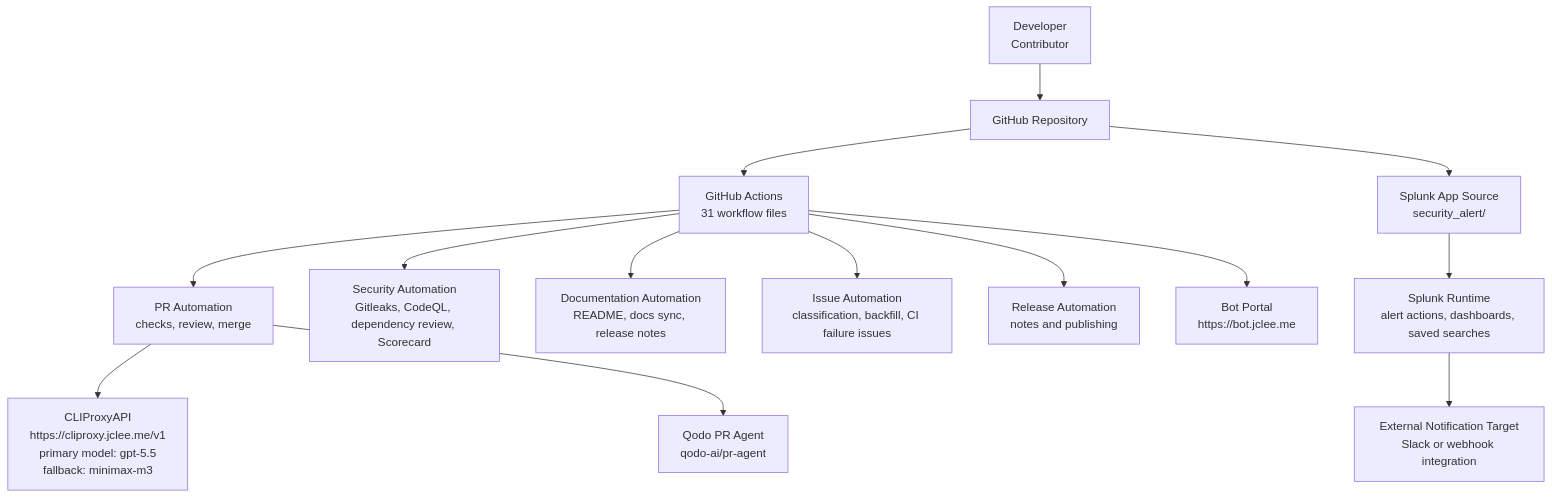
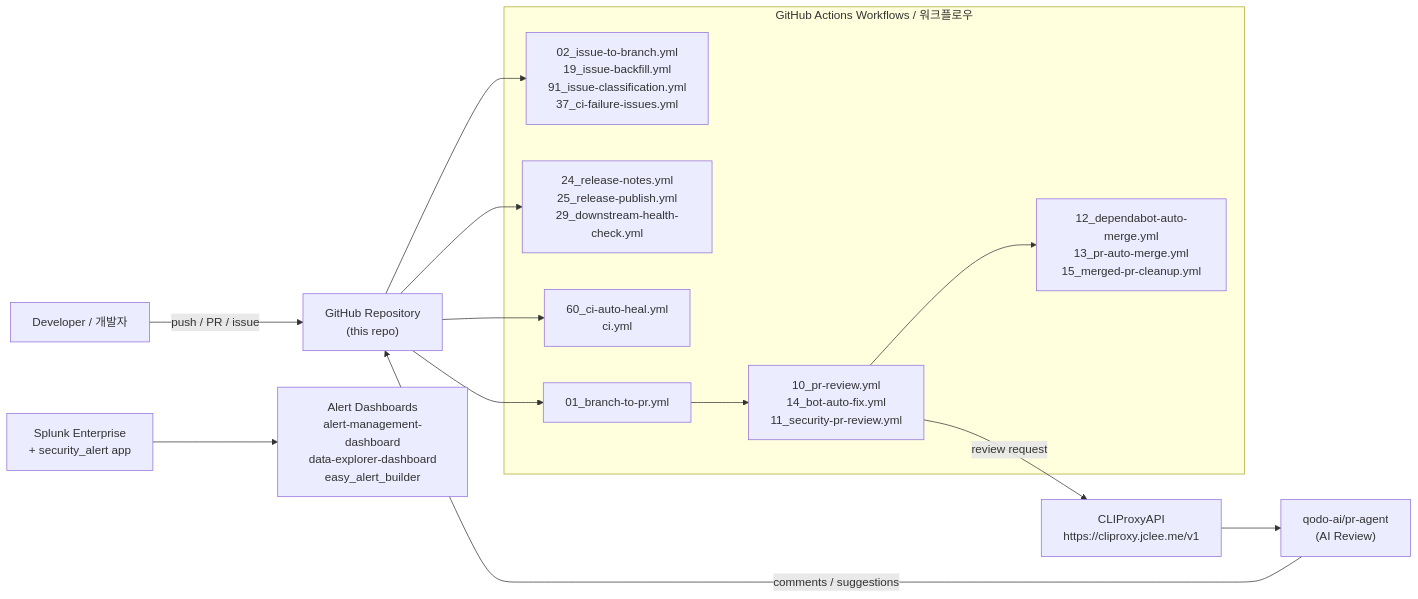
The diagram in README.md (jclee941/splunk), drawn with Mermaid before and after one commit. The commit also changed other lines of this file, not shown here.

Commit message:
docs: auto-update README.md

````diff
--- a/README.md
+++ b/README.md
@@ -121,20 +81,32 @@
 ```mermaid
-flowchart TD
-    Dev[Developer<br/>Contributor] --> GitHub[GitHub Repository]
-    GitHub --> Actions[GitHub Actions<br/>31 workflow files]
+flowchart LR
+    Dev["Developer / 개발자"]
+    GH["GitHub Repository<br/>(this repo)"]
 
-    Actions --> PR[PR Automation<br/>checks, review, merge]
-    Actions --> Sec[Security Automation<br/>Gitleaks, CodeQL, dependency review, Scorecard]
-    Actions --> Docs[Documentation Automation<br/>README, docs sync, release notes]
-    Actions --> Issues[Issue Automation<br/>classification, backfill, CI failure issues]
-    Actions --> Release[Release Automation<br/>notes and publishing]
+    subgraph WF["GitHub Actions Workflows / 워크플로우"]
+        PR["10_pr-review.yml<br/>14_bot-auto-fix.yml<br/>11_security-pr-review.yml"]
+        MERGE["12_dependabot-auto-merge.yml<br/>13_pr-auto-merge.yml<br/>15_merged-pr-cleanup.yml"]
+        ISSUE["02_issue-to-branch.yml<br/>19_issue-backfill.yml<br/>91_issue-classification.yml<br/>37_ci-failure-issues.yml"]
+        REL["24_release-notes.yml<br/>25_release-publish.yml<br/>29_downstream-health-check.yml"]
+        HEAL["60_ci-auto-heal.yml<br/>ci.yml"]
+        BR["01_branch-to-pr.yml"]
+    end
 
-    PR --> CLIProxy["CLIProxyAPI<br/>https://cliproxy.jclee.me/v1<br/>primary model: gpt-5.5<br/>fallback: minimax-m3"]
-    PR --> Qodo["Qodo PR Agent<br/>qodo-ai/pr-agent"]
+    Proxy["CLIProxyAPI<br/>https://cliproxy.jclee.me/v1"]
+    PRAgent["qodo-ai/pr-agent<br/>(AI Review)"]
 
-    GitHub --> SplunkApp[Splunk App Source<br/>security_alert/]
-    SplunkApp --> SplunkRuntime[Splunk Runtime<br/>alert actions, dashboards, saved searches]
-    SplunkRuntime --> ExternalWebhook[External Notification Target<br/>Slack or webhook integration]
+    Splunk["Splunk Enterprise<br/>+ security_alert app"]
+    Dash["Alert Dashboards<br/>alert-management-dashboard<br/>data-explorer-dashboard<br/>easy_alert_builder"]
 
-    Actions --> BotPortal["Bot Portal<br/>https://bot.jclee.me"]
+    Dev -- "push / PR / issue" --> GH
+    GH --> BR
+    BR --> PR
+    PR -- "review request" --> Proxy
+    Proxy --> PRAgent
+    PRAgent -- "comments / suggestions" --> GH
+    PR --> MERGE
+    GH --> ISSUE
+    GH --> REL
+    GH --> HEAL
+    Splunk --> Dash
 ```
````
